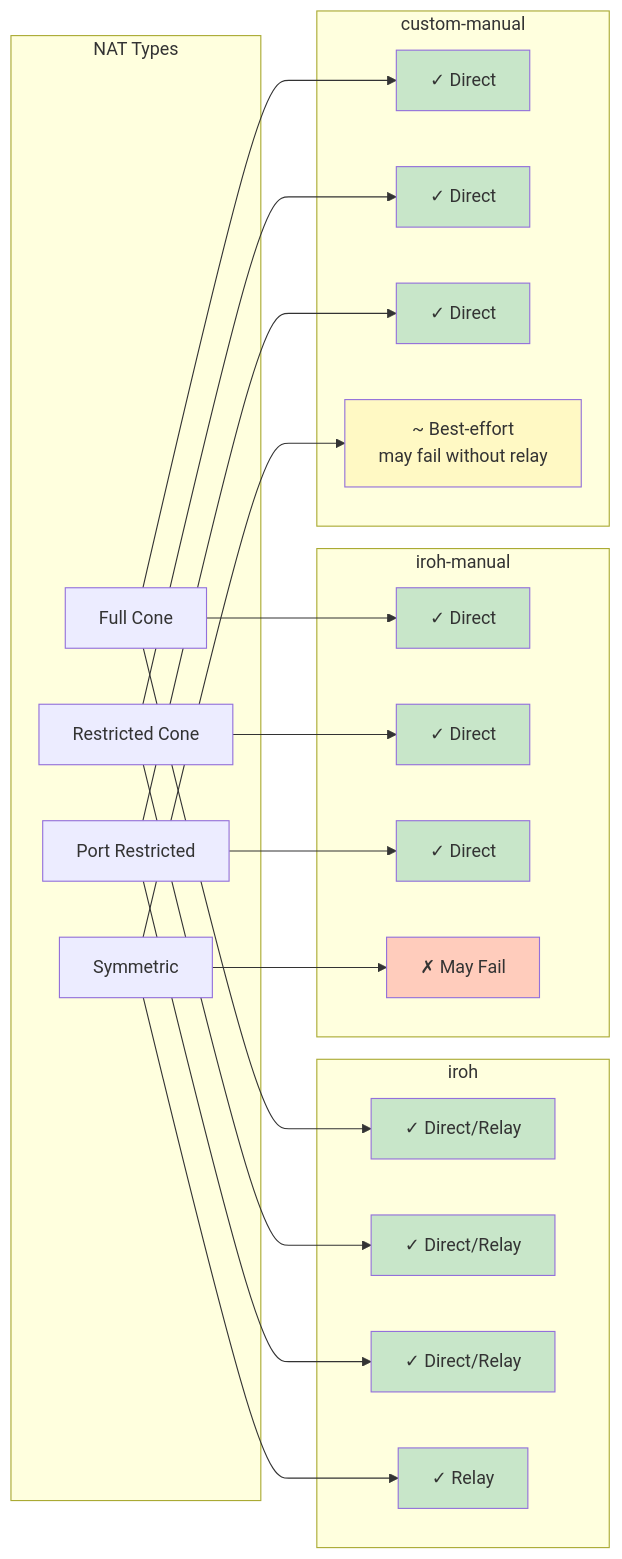
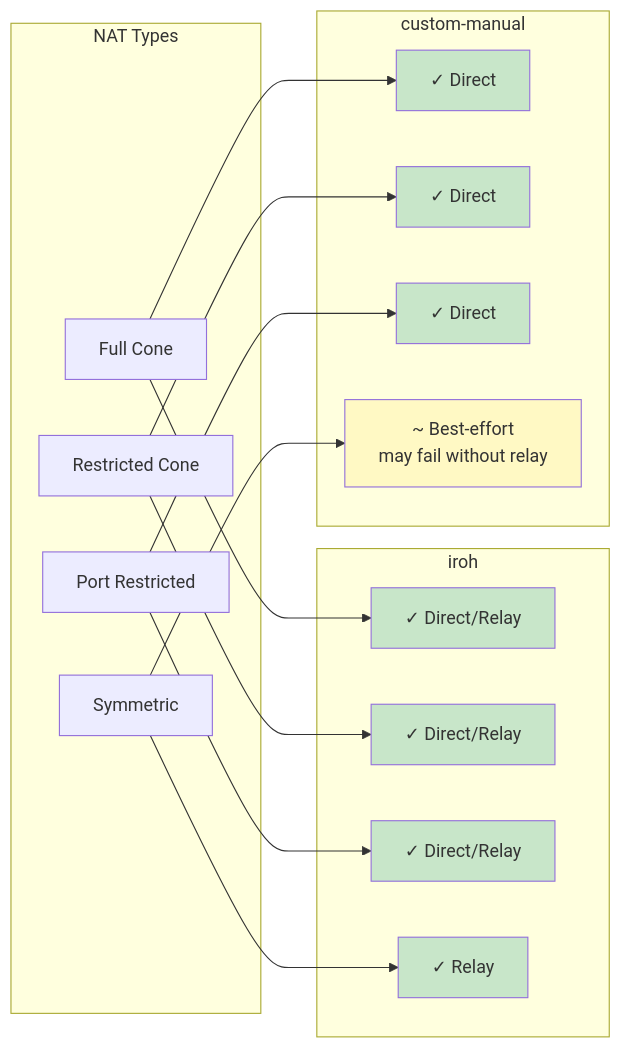
Before and after one commit to andrewtheguy/vpn-rs: the fourth of 36 diagrams in docs/ARCHITECTURE.md, drawn with Mermaid. The commit also changed other lines of this file and 14 other files, not shown here.

First line of the commit message:
Refactor: Remove iroh-manual mode and related configurations

````diff
--- a/docs/ARCHITECTURE.md
+++ b/docs/ARCHITECTURE.md
@@ -166,60 +147,43 @@
 ```mermaid
 graph LR
     subgraph "NAT Types"
         A[Full Cone]
         B[Restricted Cone]
         C[Port Restricted]
         D[Symmetric]
     end
-    
+
     subgraph "iroh"
         E1[✓ Direct/Relay]
         E2[✓ Direct/Relay]
         E3[✓ Direct/Relay]
         E4[✓ Relay]
     end
-    
-    subgraph "iroh-manual"
-        F1[✓ Direct]
-        F2[✓ Direct]
-        F3[✓ Direct]
-        F4[✗ May Fail]
-    end
-    
+
     subgraph "custom-manual"
         G1[✓ Direct]
         G2[✓ Direct]
         G3[✓ Direct]
         G4[~ Best-effort<br/>may fail without relay]
     end
-    
+
     A --> E1
     B --> E2
     C --> E3
     D --> E4
-    
-    A --> F1
-    B --> F2
-    C --> F3
-    D --> F4
-    
+
     A --> G1
     B --> G2
     C --> G3
     D --> G4
-    
+
     style E1 fill:#C8E6C9
     style E2 fill:#C8E6C9
     style E3 fill:#C8E6C9
     style E4 fill:#C8E6C9
-    
-    style F1 fill:#C8E6C9
-    style F2 fill:#C8E6C9
-    style F3 fill:#C8E6C9
-    style F4 fill:#FFCCBC
-    
+
     style G1 fill:#C8E6C9
     style G2 fill:#C8E6C9
     style G3 fill:#C8E6C9
     style G4 fill:#FFF9C4
 ```
````
